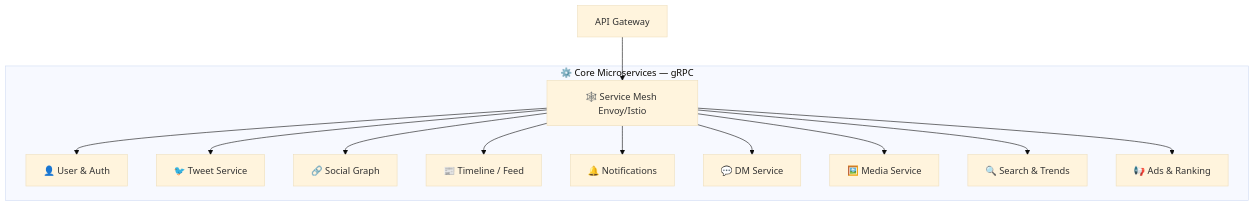
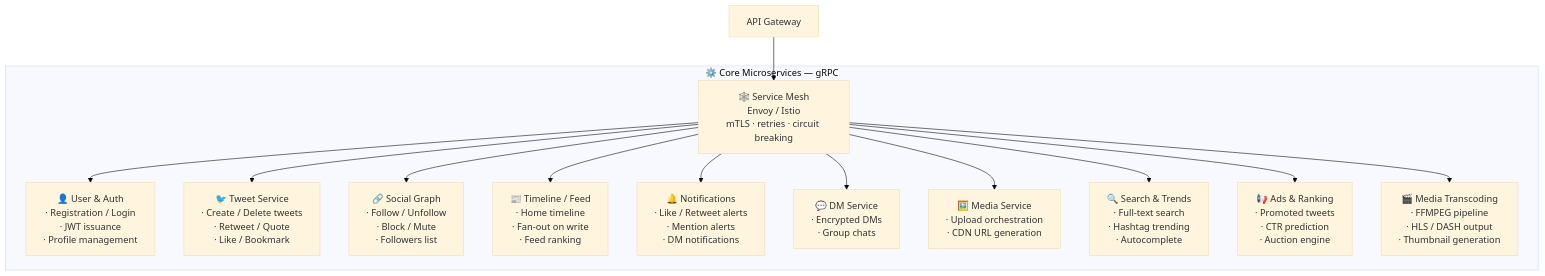
One commit to CyberVerve07/Systems_Designs_learning changed the fourth of 16 diagrams in theory/twitter_x_system_design/README.md. Above: the diagram before and after it, drawn with Mermaid (base theme). The commit also changed other lines of this file and 7 other files, not shown here.

Commit message:
feat: add comprehensive system design documentation and architecture diagrams for Twitter/X

````diff
--- a/theory/twitter_x_system_design/README.md
+++ b/theory/twitter_x_system_design/README.md
@@ -110,18 +219,19 @@
 ```mermaid
 graph TD
     GW[API Gateway] --> SM_MESH
 
     subgraph SERVICES["⚙️ Core Microservices — gRPC"]
-        SM_MESH[🕸️ Service Mesh Envoy/Istio]
+        SM_MESH[🕸️ Service Mesh<br/>Envoy / Istio<br/>mTLS · retries · circuit breaking]
 
-        SM_MESH --> UA[👤 User & Auth]
-        SM_MESH --> TS[🐦 Tweet Service]
-        SM_MESH --> SG[🔗 Social Graph]
-        SM_MESH --> TL[📰 Timeline / Feed]
-        SM_MESH --> NOTIF[🔔 Notifications]
-        SM_MESH --> DM[💬 DM Service]
-        SM_MESH --> MEDIA[🖼️ Media Service]
-        SM_MESH --> SEARCH[🔍 Search & Trends]
-        SM_MESH --> ADS[📢 Ads & Ranking]
+        SM_MESH --> UA[👤 User & Auth<br/>· Registration / Login<br/>· JWT issuance<br/>· Profile management]
+        SM_MESH --> TS[🐦 Tweet Service<br/>· Create / Delete tweets<br/>· Retweet / Quote<br/>· Like / Bookmark]
+        SM_MESH --> SG[🔗 Social Graph<br/>· Follow / Unfollow<br/>· Block / Mute<br/>· Followers list]
+        SM_MESH --> TL[📰 Timeline / Feed<br/>· Home timeline<br/>· Fan-out on write<br/>· Feed ranking]
+        SM_MESH --> NOTIF[🔔 Notifications<br/>· Like / Retweet alerts<br/>· Mention alerts<br/>· DM notifications]
+        SM_MESH --> DM[💬 DM Service<br/>· Encrypted DMs<br/>· Group chats]
+        SM_MESH --> MEDIA[🖼️ Media Service<br/>· Upload orchestration<br/>· CDN URL generation]
+        SM_MESH --> SEARCH[🔍 Search & Trends<br/>· Full-text search<br/>· Hashtag trending<br/>· Autocomplete]
+        SM_MESH --> ADS[📢 Ads & Ranking<br/>· Promoted tweets<br/>· CTR prediction<br/>· Auction engine]
+        SM_MESH --> MT[🎬 Media Transcoding<br/>· FFMPEG pipeline<br/>· HLS / DASH output<br/>· Thumbnail generation]
     end
 ```
````
